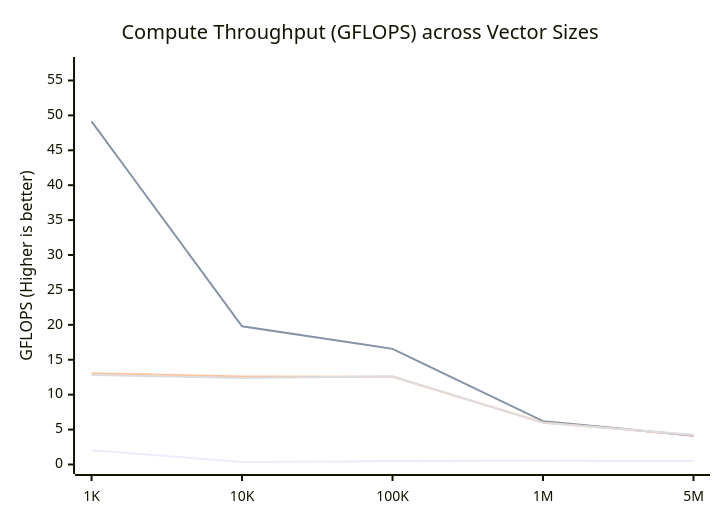
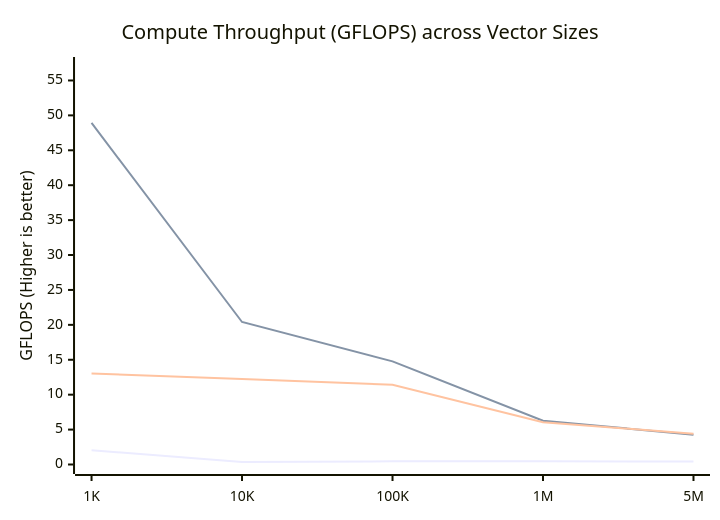
The first of 2 diagrams in README.md (maithreyanprabhu2907-prog/Vector), drawn with Mermaid before and after one commit. The commit also changed other lines of this file and 9 other files, not shown here.

````diff
--- a/README.md
+++ b/README.md
@@ -114,10 +114,9 @@
 ```mermaid
 xychart-beta
     title "Compute Throughput (GFLOPS) across Vector Sizes"
     x-axis ["1K", "10K", "100K", "1M", "5M"]
     y-axis "GFLOPS (Higher is better)" 0 --> 57
-    line [2.05, 0.35, 0.49, 0.52, 0.50]
-    line [49.14, 19.80, 16.56, 6.21, 4.13]
-    line [13.06, 12.62, 12.56, 6.01, 4.18]
-    line [12.83, 12.38, 12.65, 5.96, 4.26]
+    line [2.04, 0.35, 0.46, 0.48, 0.42]
+    line [48.92, 20.41, 14.77, 6.28, 4.26]
+    line [13.04, 12.25, 11.42, 6.05, 4.41]
 ```
````
